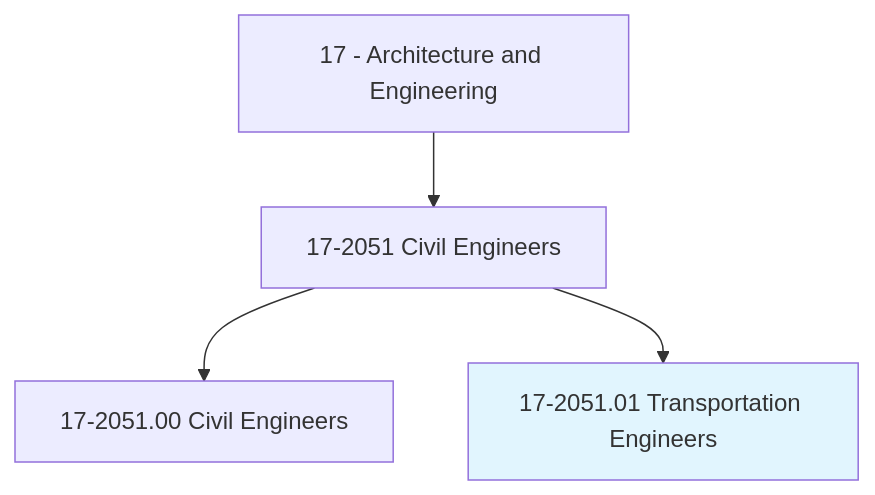
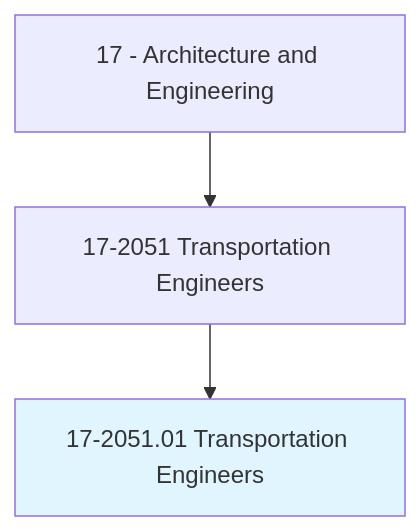
The first of 4 diagrams in occupations/Architecture/TransportationEngineers.mdx (kziemski/business.org.ai), drawn with Mermaid before and after one commit. The commit also changed other lines of this file and 938 other files, not shown here.

````diff
--- a/occupations/Architecture/TransportationEngineers.mdx
+++ b/occupations/Architecture/TransportationEngineers.mdx
@@ -19,7 +23,6 @@
 ```mermaid
 graph TD
-    Cat17["17 - Architecture and Engineering"] --> Group172051["17-2051 Civil Engineers"]
-    Group172051 --> Base["17-2051.00 Civil Engineers"]
+    Cat17["17 - Architecture and Engineering"] --> Group172051["17-2051 Transportation Engineers"]
     Group172051 --> Current["17-2051.01 Transportation Engineers"]
     style Current fill:#e1f5fe
 ```
````
